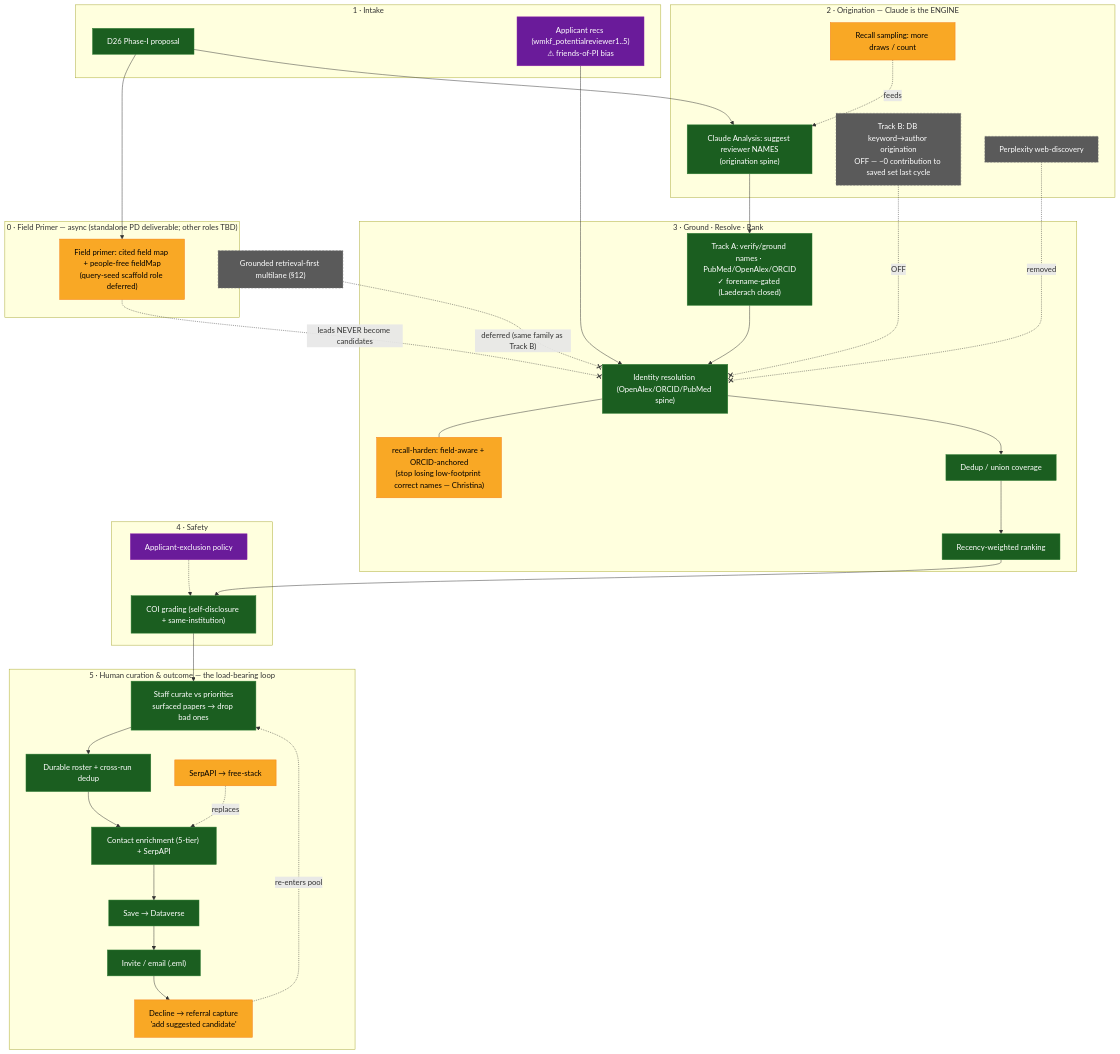
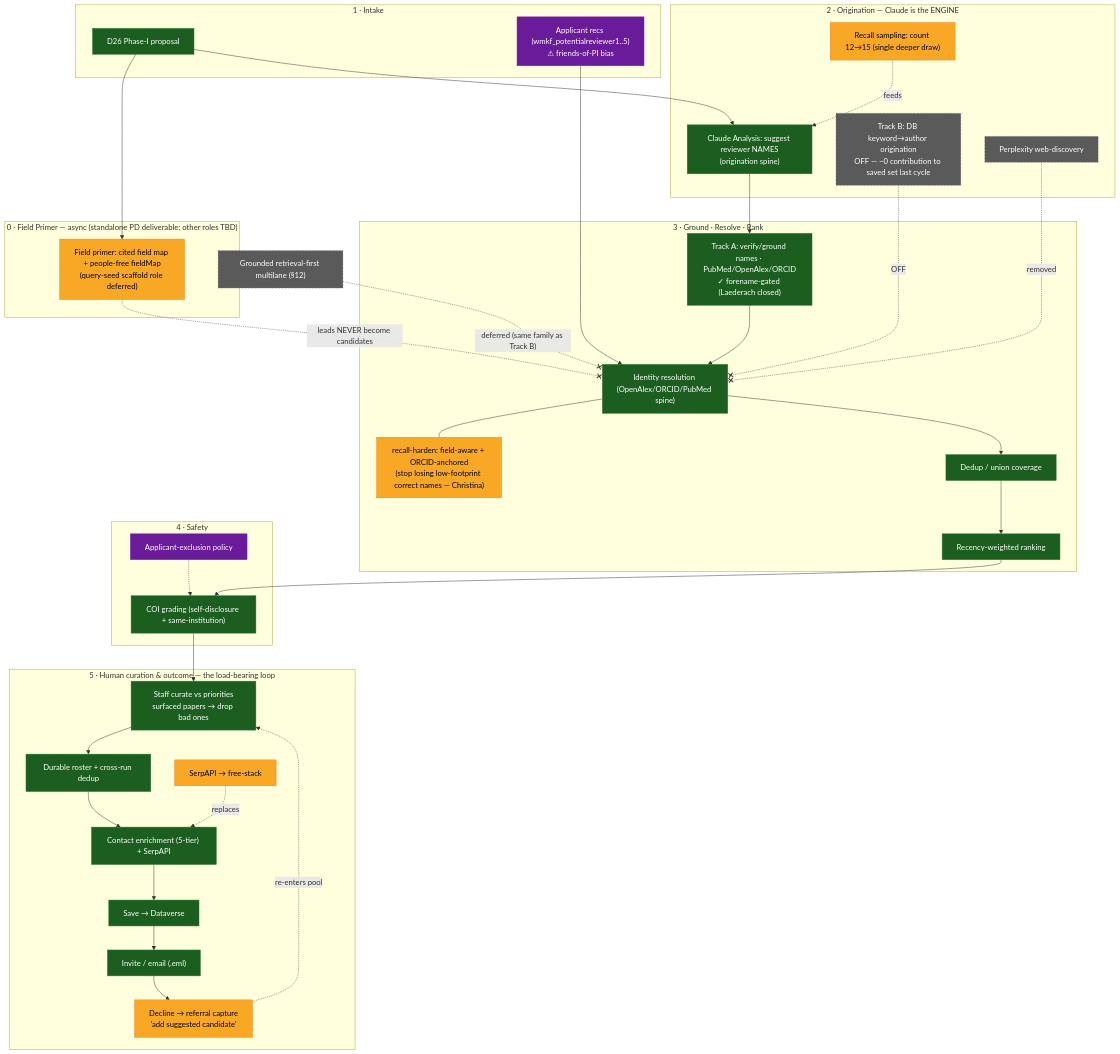
One commit to justingallivan/wmkf-research-apps changed the diagram in docs/REVIEWER_FINDER_D26_PIPELINE_FLOWCHART.md. Above: the diagram before and after it, drawn with Mermaid. The commit also changed other lines of this file and 1 other file, not shown here.

First line of the commit message:
docs(reviewer-finder): recall lever = count 12→15 (not extra draws); profile verify latency

````diff
--- a/docs/REVIEWER_FINDER_D26_PIPELINE_FLOWCHART.md
+++ b/docs/REVIEWER_FINDER_D26_PIPELINE_FLOWCHART.md
@@ -24,70 +24,70 @@
 ```mermaid
 flowchart TD
     subgraph PRIMER["0 · Field Primer — async (standalone PD deliverable; other roles TBD)"]
         PR["Field primer: cited field map + people-free fieldMap<br/>(query-seed scaffold role deferred)"]
     end
 
     subgraph INPUT["1 · Intake"]
         P[D26 Phase-I proposal]
         AppRecs["Applicant recs (wmkf_potentialreviewer1..5)<br/>⚠ friends-of-PI bias"]
     end
 
     subgraph ORIG["2 · Origination — Claude is the ENGINE"]
         CA["Claude Analysis: suggest reviewer NAMES<br/>(origination spine)"]
-        RS["Recall sampling: more draws / count"]
+        RS["Recall sampling: count 12→15 (single deeper draw)"]
         TB["Track B: DB keyword→author origination<br/>OFF — ~0 contribution to saved set last cycle"]
         WEB["Perplexity web-discovery"]
     end
 
     subgraph GROUND["3 · Ground · Resolve · Rank"]
         TA["Track A: verify/ground names · PubMed/OpenAlex/ORCID<br/>✓ forename-gated (Laederach closed)"]
         ID["Identity resolution (OpenAlex/ORCID/PubMed spine)"]
         IDFIX["recall-harden: field-aware + ORCID-anchored<br/>(stop losing low-footprint correct names — Christina)"]
         DD["Dedup / union coverage"]
         RK["Recency-weighted ranking"]
     end
 
     subgraph GATE["4 · Safety"]
         COI["COI grading (self-disclosure + same-institution)"]
         EXC["Applicant-exclusion policy"]
     end
 
     subgraph HUMAN["5 · Human curation & outcome — the load-bearing loop"]
         CUR["Staff curate vs priorities<br/>surfaced papers → drop bad ones"]
         ROSTER["Durable roster + cross-run dedup"]
         ENR["Contact enrichment (5-tier) + SerpAPI"]
         SERP["SerpAPI → free-stack"]
         SAVE["Save → Dataverse"]
         INVITE["Invite / email (.eml)"]
         REF["Decline → referral capture<br/>'add suggested candidate'"]
     end
 
     GROUNDED["Grounded retrieval-first multilane (§12)"]
 
     P --> PR
     P --> CA
     RS -.feeds.-> CA
     AppRecs --> ID
     CA --> TA --> ID
     TB -. OFF .-x ID
     WEB -. removed .-x ID
     PR -. leads NEVER become candidates .-x ID
     ID --- IDFIX
     ID --> DD --> RK --> COI
     EXC -.-> COI
     COI --> CUR --> ROSTER --> ENR --> SAVE --> INVITE
     SERP -. replaces .-> ENR
     INVITE --> REF
     REF -. re-enters pool .-> CUR
     GROUNDED -. deferred (same family as Track B) .-x ID
 
     classDef exists fill:#1b5e20,stroke:#2e7d32,color:#fff
     classDef build fill:#f9a825,stroke:#f57f17,color:#000
     classDef dead fill:#5a5a5a,stroke:#777,color:#fff,stroke-dasharray:4 3
     classDef open fill:#6a1b9a,stroke:#8e24aa,color:#fff
 
     class P,CA,TA,ID,DD,RK,COI,CUR,ROSTER,ENR,SAVE,INVITE exists
     class RS,IDFIX,SERP,REF,PR build
     class WEB,GROUNDED,TB dead
     class EXC,AppRecs open
 ```
````
